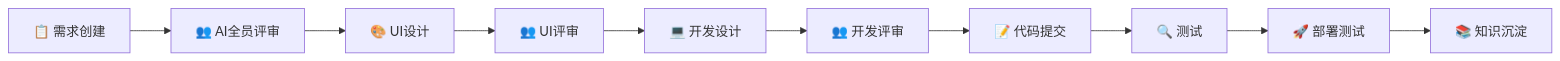
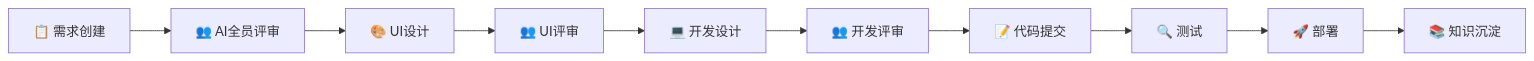
One commit to serenamustrich/dev-standard changed the first of 2 diagrams in README.md. Above: the diagram before and after it, drawn with Mermaid. The commit also changed other lines of this file and 11 other files, not shown here.

````diff
--- a/README.md
+++ b/README.md
@@ -41,12 +33,8 @@
 ```mermaid
 flowchart LR
     A[📋 需求创建] --> B[👥 AI全员评审]
-    B --> C[🎨 UI设计]
-    C --> D[👥 UI评审]
-    D --> E[💻 开发设计]
-    E --> F[👥 开发评审]
-    F --> G[📝 代码提交]
-    G --> H[🔍 测试]
-    H --> I[🚀 部署测试]
-    I --> J[📚 知识沉淀]
+    B --> C[🎨 UI设计] --> D[👥 UI评审]
+    D --> E[💻 开发设计] --> F[👥 开发评审]
+    F --> G[📝 代码提交] --> H[🔍 测试]
+    H --> I[🚀 部署] --> J[📚 知识沉淀]
 ```
````
